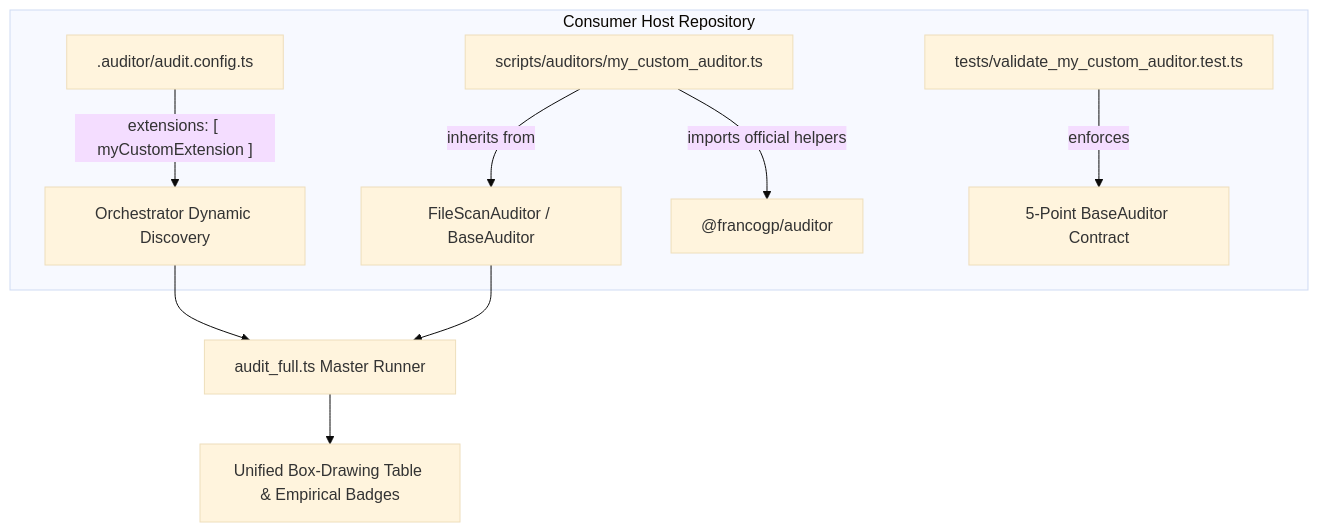
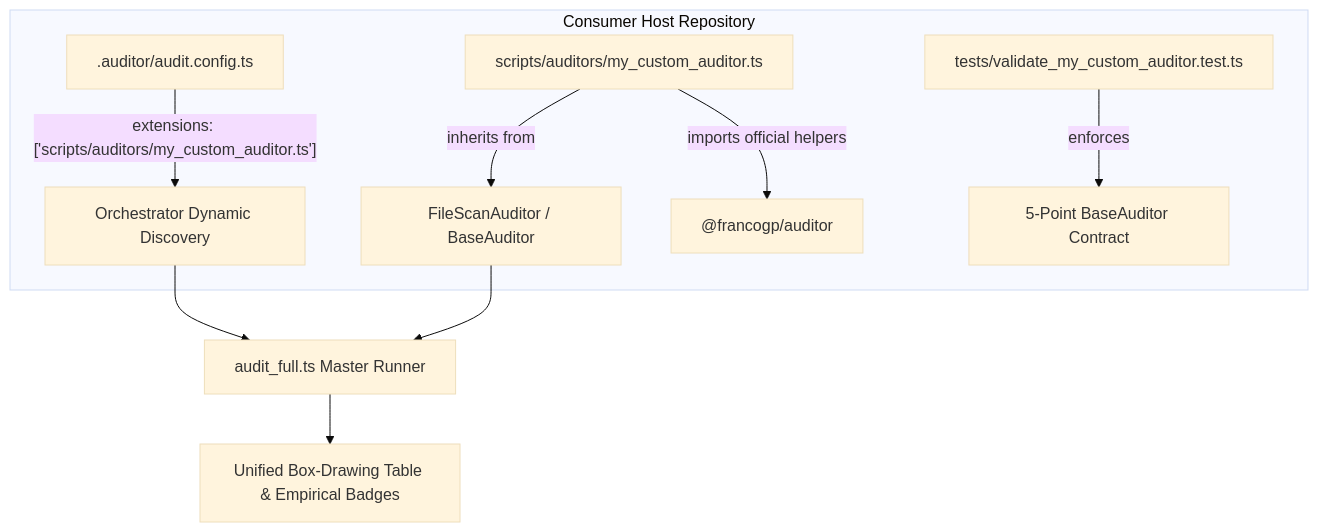
Before and after one commit to francogp/auditor: the diagram in .agents/skills/auditor/references/extension-helpers-guide.md, drawn with Mermaid (base theme). The commit also changed other lines of this file and 101 other files, not shown here.

First line of the commit message:
fix: modernize owned agent skills, DOX hierarchy, and CLI execution flows (v10.12.5)

````diff
--- a/.agents/skills/auditor/references/extension-helpers-guide.md
+++ b/.agents/skills/auditor/references/extension-helpers-guide.md
@@ -11,12 +11,12 @@
 ```mermaid
 flowchart TD
     subgraph HostRepo ["Consumer Host Repository"]
-        A[".auditor/audit.config.ts"] -->|"extensions: [ myCustomExtension ]"| B["Orchestrator Dynamic Discovery"]
+        A[".auditor/audit.config.ts"] -->|"extensions: ['scripts/auditors/my_custom_auditor.ts']"| B["Orchestrator Dynamic Discovery"]
         C["scripts/auditors/my_custom_auditor.ts"] -->|"inherits from"| D["FileScanAuditor / BaseAuditor"]
         C -->|"imports official helpers"| E["@francogp/auditor"]
         F["tests/validate_my_custom_auditor.test.ts"] -->|"enforces"| G["5-Point BaseAuditor Contract"]
     end
     B --> H["audit_full.ts Master Runner"]
     D --> H
     H --> I["Unified Box-Drawing Table & Empirical Badges"]
 ```
````
